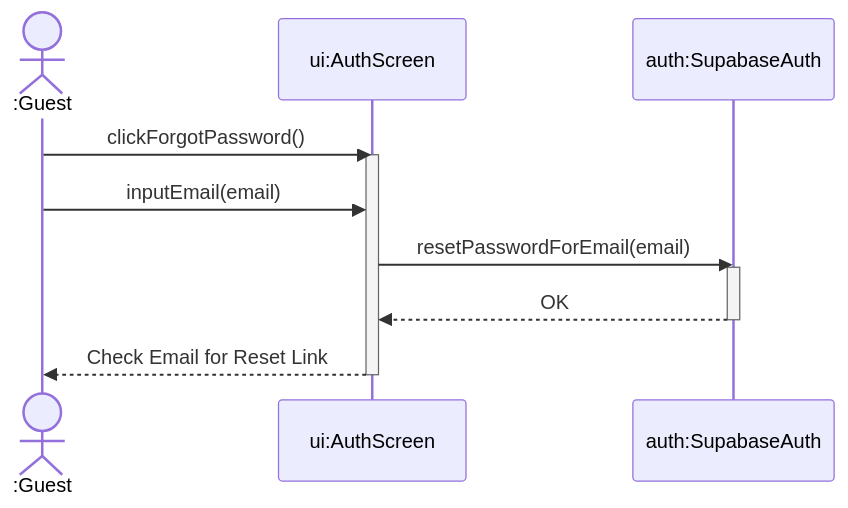
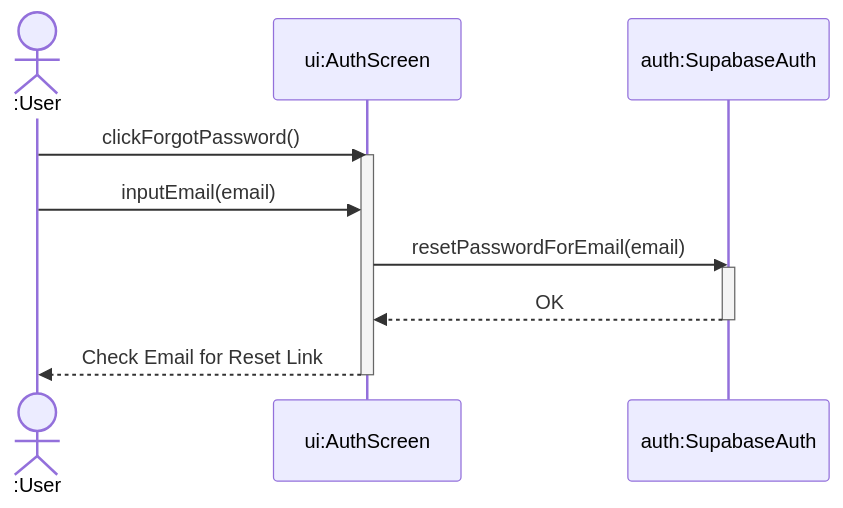
The third of 4 diagrams in docs/uml/4_Sequence_Diagrams.md (dvydinh/mechdrive), drawn with Mermaid before and after one commit. The commit also changed other lines of this file and 2 other files, not shown here.

````diff
--- a/docs/uml/4_Sequence_Diagrams.md
+++ b/docs/uml/4_Sequence_Diagrams.md
@@ -80,19 +80,19 @@
 ```mermaid
 %%{init: {'theme': 'default', 'themeVariables': {'background': '#ffffff'}}}%%
 sequenceDiagram
-    actor Guest as :Guest
+    actor User as :User
     participant UI as ui:AuthScreen
     participant Auth as auth:SupabaseAuth
 
-    Guest->>UI: clickForgotPassword()
+    User->>UI: clickForgotPassword()
     activate UI
     
-    Guest->>UI: inputEmail(email)
+    User->>UI: inputEmail(email)
     UI->>Auth: resetPasswordForEmail(email)
     activate Auth
     Auth-->>UI: OK
     deactivate Auth
     
-    UI-->>Guest: Check Email for Reset Link
+    UI-->>User: Check Email for Reset Link
     deactivate UI
 ```
````
